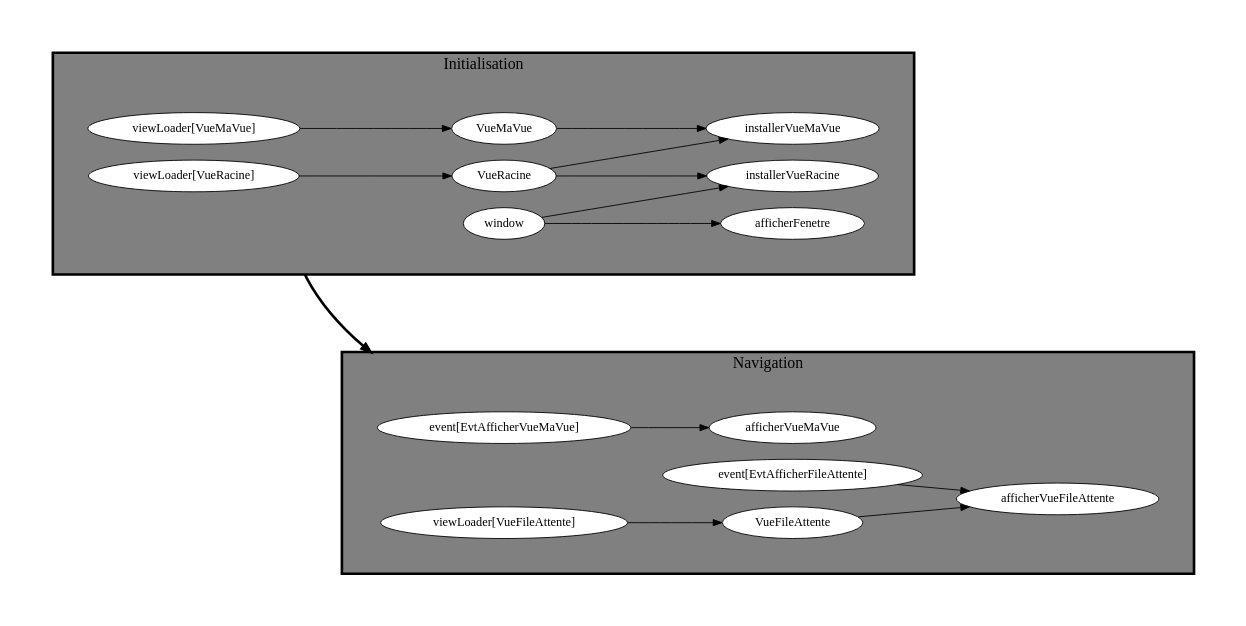
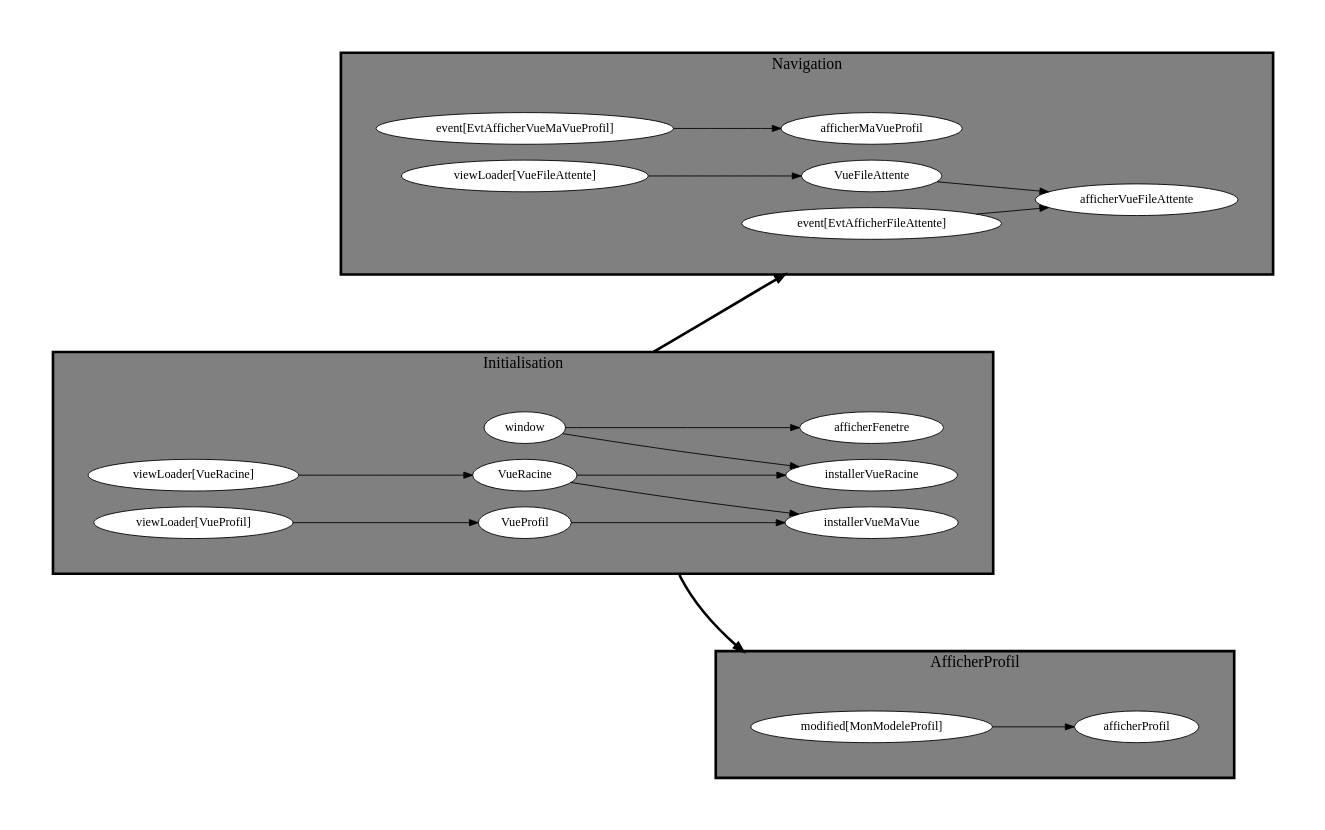
One commit to DzMahdi/4f5 changed the diagram in mon_projet/MON_JEU/_storage/graphs/frontend.dot. Above: the diagram before and after it, drawn with Graphviz. The commit also changed 88 other files, not shown here.

```diff
--- a/mon_projet/MON_JEU/_storage/graphs/frontend.dot
+++ b/mon_projet/MON_JEU/_storage/graphs/frontend.dot
@@ -1,46 +1,58 @@
 digraph "frontend" {
 edge ["dir"="forward"]
 graph ["rankdir"="LR","compound"="true","overlap"="false"]
 subgraph "cluster_Initialisation__container" {
 edge ["dir"="none"]
 graph ["margin"="40","style"="invis"]
 subgraph "cluster_Initialisation" {
 edge ["dir"="forward"]
 graph ["rankdir"="LR","label"="Initialisation","style"="filled","fillcolor"="gray","penwidth"="3.0","fontsize"="18.0"]
-"Initialisation_viewLoader[VueMaVue]" ["label"="viewLoader[VueMaVue]","style"="filled","fillcolor"="white"]
+"Initialisation_window" ["label"="window","style"="filled","fillcolor"="white"]
 "Initialisation_installerVueRacine" ["label"="installerVueRacine","style"="filled","fillcolor"="white"]
+"Initialisation_VueProfil" ["label"="VueProfil","style"="filled","fillcolor"="white"]
 "Initialisation_installerVueMaVue" ["label"="installerVueMaVue","style"="filled","fillcolor"="white"]
-"Initialisation_window" ["label"="window","style"="filled","fillcolor"="white"]
 "Initialisation_afficherFenetre" ["label"="afficherFenetre","style"="filled","fillcolor"="white"]
 "Initialisation_viewLoader[VueRacine]" ["label"="viewLoader[VueRacine]","style"="filled","fillcolor"="white"]
-"Initialisation_VueMaVue" ["label"="VueMaVue","style"="filled","fillcolor"="white"]
 "Initialisation_VueRacine" ["label"="VueRacine","style"="filled","fillcolor"="white"]
+"Initialisation_viewLoader[VueProfil]" ["label"="viewLoader[VueProfil]","style"="filled","fillcolor"="white"]
 }
 }
 subgraph "cluster_Navigation__container" {
 edge ["dir"="none"]
 graph ["margin"="40","style"="invis"]
 subgraph "cluster_Navigation" {
 edge ["dir"="forward"]
 graph ["rankdir"="LR","label"="Navigation","style"="filled","fillcolor"="gray","penwidth"="3.0","fontsize"="18.0"]
-"Navigation_event[EvtAfficherVueMaVue]" ["label"="event[EvtAfficherVueMaVue]","style"="filled","fillcolor"="white"]
+"Navigation_event[EvtAfficherFileAttente]" ["label"="event[EvtAfficherFileAttente]","style"="filled","fillcolor"="white"]
 "Navigation_afficherVueFileAttente" ["label"="afficherVueFileAttente","style"="filled","fillcolor"="white"]
-"Navigation_event[EvtAfficherFileAttente]" ["label"="event[EvtAfficherFileAttente]","style"="filled","fillcolor"="white"]
+"Navigation_event[EvtAfficherVueMaVueProfil]" ["label"="event[EvtAfficherVueMaVueProfil]","style"="filled","fillcolor"="white"]
 "Navigation_VueFileAttente" ["label"="VueFileAttente","style"="filled","fillcolor"="white"]
-"Navigation_afficherVueMaVue" ["label"="afficherVueMaVue","style"="filled","fillcolor"="white"]
+"Navigation_afficherMaVueProfil" ["label"="afficherMaVueProfil","style"="filled","fillcolor"="white"]
 "Navigation_viewLoader[VueFileAttente]" ["label"="viewLoader[VueFileAttente]","style"="filled","fillcolor"="white"]
 }
 }
-"Initialisation_viewLoader[VueMaVue]" -> "Initialisation_VueMaVue" ["label"=""]
-"Initialisation_viewLoader[VueMaVue]" -> "Navigation_event[EvtAfficherVueMaVue]" ["label"="","ltail"="cluster_Initialisation","lhead"="cluster_Navigation","penwidth"="3"]
-"Navigation_event[EvtAfficherVueMaVue]" -> "Navigation_afficherVueMaVue" ["label"=""]
+subgraph "cluster_AfficherProfil__container" {
+edge ["dir"="none"]
+graph ["margin"="40","style"="invis"]
+subgraph "cluster_AfficherProfil" {
+edge ["dir"="forward"]
+graph ["rankdir"="LR","label"="AfficherProfil","style"="filled","fillcolor"="gray","penwidth"="3.0","fontsize"="18.0"]
+"AfficherProfil_modified[MonModeleProfil]" ["label"="modified[MonModeleProfil]","style"="filled","fillcolor"="white"]
+"AfficherProfil_afficherProfil" ["label"="afficherProfil","style"="filled","fillcolor"="white"]
+}
+}
+"Initialisation_window" -> "Initialisation_afficherFenetre" ["label"=""]
+"Initialisation_window" -> "Initialisation_installerVueRacine" ["label"=""]
+"Initialisation_window" -> "AfficherProfil_modified[MonModeleProfil]" ["label"="","ltail"="cluster_Initialisation","lhead"="cluster_AfficherProfil","penwidth"="3"]
+"Initialisation_window" -> "Navigation_event[EvtAfficherFileAttente]" ["label"="","ltail"="cluster_Initialisation","lhead"="cluster_Navigation","penwidth"="3"]
 "Navigation_event[EvtAfficherFileAttente]" -> "Navigation_afficherVueFileAttente" ["label"=""]
+"AfficherProfil_modified[MonModeleProfil]" -> "AfficherProfil_afficherProfil" ["label"=""]
+"Navigation_event[EvtAfficherVueMaVueProfil]" -> "Navigation_afficherMaVueProfil" ["label"=""]
 "Navigation_VueFileAttente" -> "Navigation_afficherVueFileAttente" ["label"=""]
 "Navigation_viewLoader[VueFileAttente]" -> "Navigation_VueFileAttente" ["label"=""]
-"Initialisation_VueMaVue" -> "Initialisation_installerVueMaVue" ["label"=""]
-"Initialisation_window" -> "Initialisation_afficherFenetre" ["label"=""]
-"Initialisation_window" -> "Initialisation_installerVueRacine" ["label"=""]
+"Initialisation_VueProfil" -> "Initialisation_installerVueMaVue" ["label"=""]
 "Initialisation_viewLoader[VueRacine]" -> "Initialisation_VueRacine" ["label"=""]
 "Initialisation_VueRacine" -> "Initialisation_installerVueMaVue" ["label"=""]
 "Initialisation_VueRacine" -> "Initialisation_installerVueRacine" ["label"=""]
+"Initialisation_viewLoader[VueProfil]" -> "Initialisation_VueProfil" ["label"=""]
 }
```
